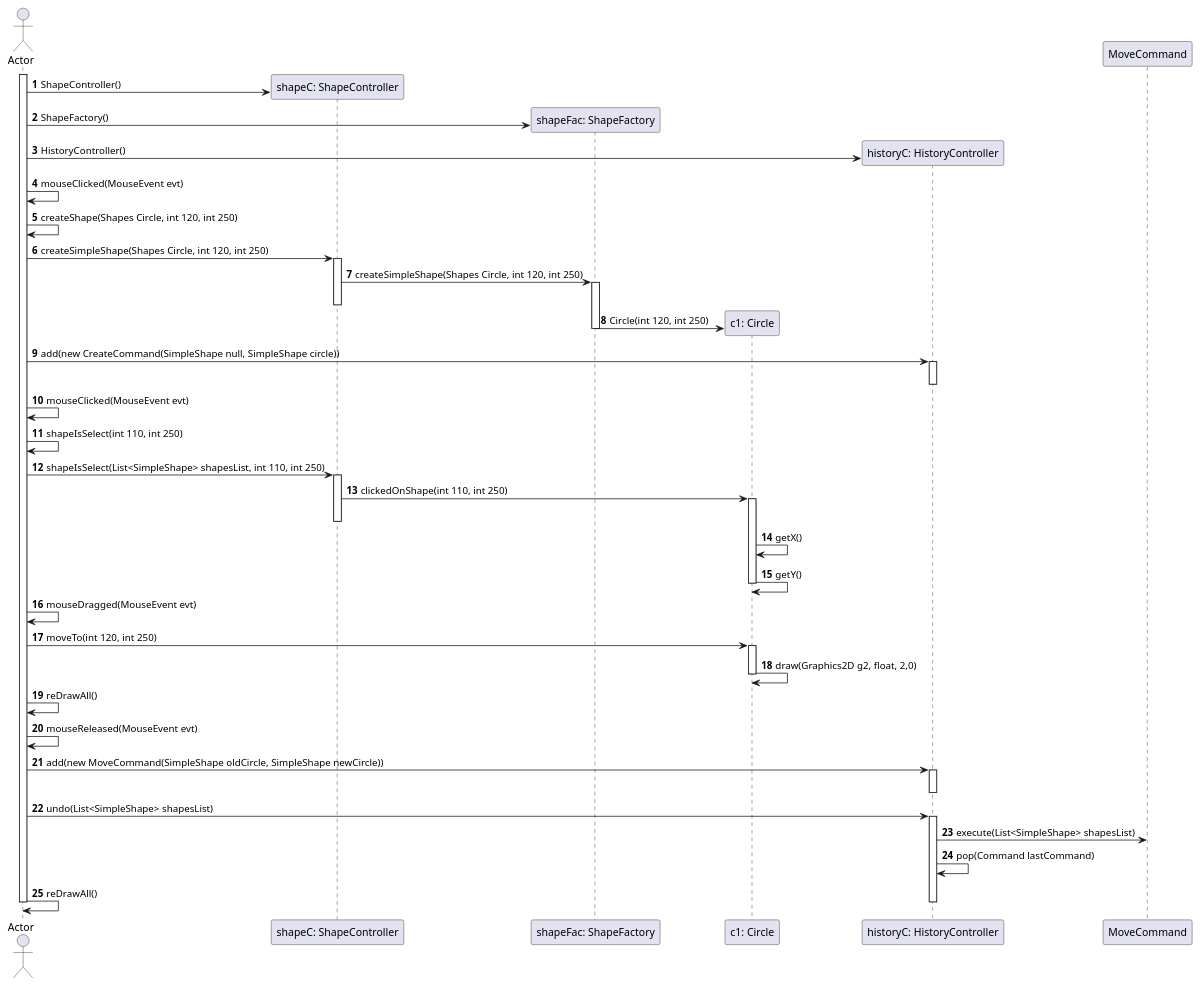
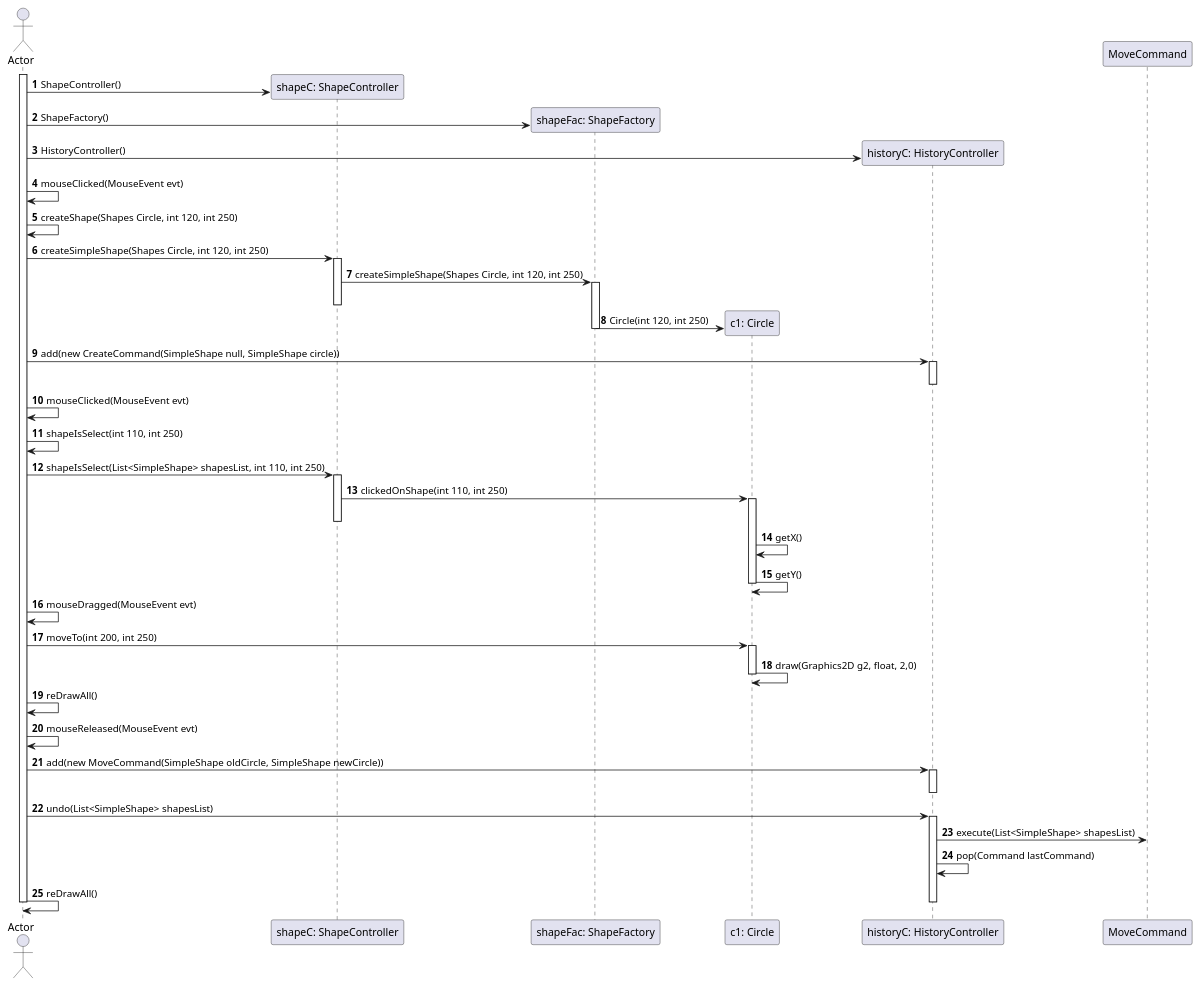
Before and after one commit to Jerome-GBZ/Projet-Patron-de-conception: the diagram in Diagrammes/Diagram_sequence2.puml, drawn with PlantUML. The commit also changed 1 other file, not shown here.

```diff
--- a/Diagrammes/Diagram_sequence2.puml
+++ b/Diagrammes/Diagram_sequence2.puml
@@ -1,55 +1,55 @@
 @startuml
 
 autonumber
 
 actor Actor as JDrawingFrame
 participant "shapeC: ShapeController" as shapeController
 participant "shapeFac: ShapeFactory" as shapeFac
 participant "c1: Circle" as Circle
 participant "historyC: HistoryController" as histController
 
 
 activate JDrawingFrame
 JDrawingFrame -> shapeController ** : ShapeController()
 JDrawingFrame -> shapeFac ** : ShapeFactory()
 JDrawingFrame -> histController ** : HistoryController()
 
 JDrawingFrame -> JDrawingFrame : mouseClicked(MouseEvent evt)
 JDrawingFrame -> JDrawingFrame : createShape(Shapes Circle, int 120, int 250)
 JDrawingFrame -> shapeController ++ : createSimpleShape(Shapes Circle, int 120, int 250)
 shapeController -> shapeFac ++-- : createSimpleShape(Shapes Circle, int 120, int 250)
 shapeFac -> Circle ** : Circle(int 120, int 250)
 deactivate shapeFac
 
 JDrawingFrame -> histController ++ : add(new CreateCommand(SimpleShape null, SimpleShape circle))
 deactivate histController
 
 JDrawingFrame -> JDrawingFrame : mouseClicked(MouseEvent evt)
 JDrawingFrame -> JDrawingFrame : shapeIsSelect(int 110, int 250)
 JDrawingFrame -> shapeController ++ : shapeIsSelect(List<SimpleShape> shapesList, int 110, int 250)
 shapeController -> Circle ++-- : clickedOnShape(int 110, int 250)
 Circle -> Circle : getX()
 Circle -> Circle -- : getY()
 
 JDrawingFrame -> JDrawingFrame : mouseDragged(MouseEvent evt)
-JDrawingFrame -> Circle ++ : moveTo(int 120, int 250)
+JDrawingFrame -> Circle ++ : moveTo(int 200, int 250)
 Circle -> Circle -- : draw(Graphics2D g2, float, 2,0)
 JDrawingFrame -> JDrawingFrame : reDrawAll()
 
 JDrawingFrame -> JDrawingFrame : mouseReleased(MouseEvent evt)
 JDrawingFrame -> histController ++ : add(new MoveCommand(SimpleShape oldCircle, SimpleShape newCircle))
 deactivate histController
 
 JDrawingFrame -> histController ++ : undo(List<SimpleShape> shapesList)
 histController -> MoveCommand : execute(List<SimpleShape> shapesList)
 histController -> histController : pop(Command lastCommand)
 JDrawingFrame -> JDrawingFrame : reDrawAll()
 deactivate histController
 
 
 ' Objectif de ce diagram :
 ' On a déjà notre frame diponible
 ' On va ajouter une forme Circle + Triangle que l'on va grouper puis déplacer
 
 deactivate JDrawingFrame
 @enduml
```
